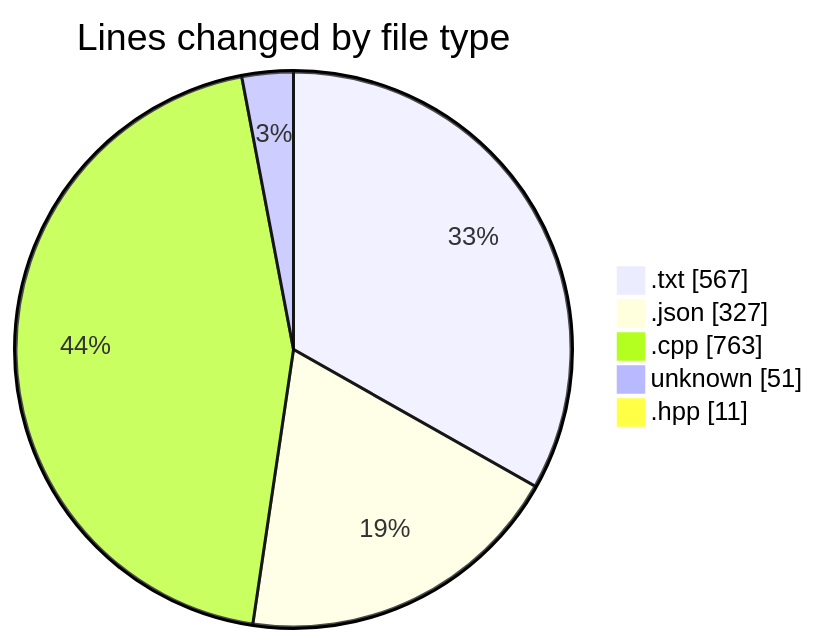
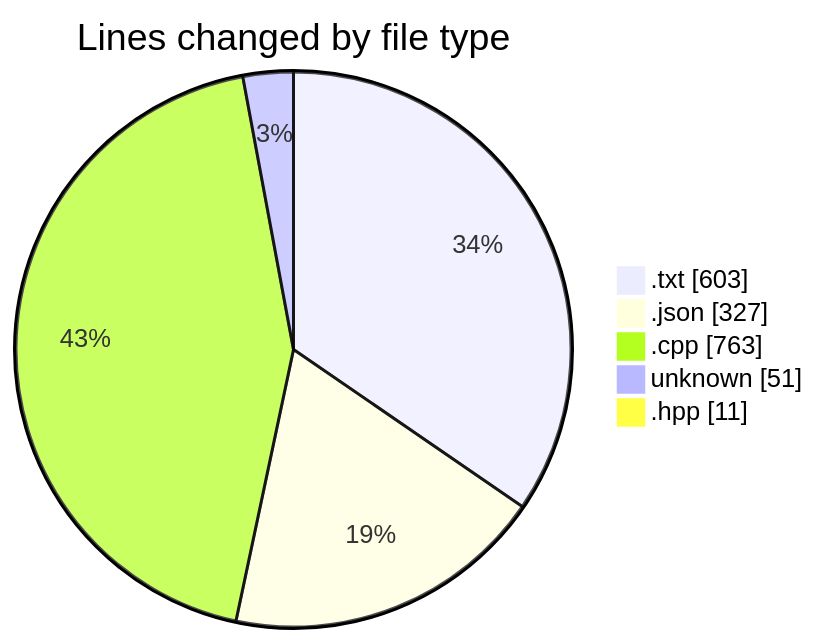
Before and after one commit to Netris89/code-tracking: the first of 2 diagrams in 2025-04-07/echo/README.md, drawn with Mermaid. The commit also changed other lines of this file and 1 other file, not shown here.

````diff
--- a/2025-04-07/echo/README.md
+++ b/2025-04-07/echo/README.md
@@ -29,9 +29,9 @@
 ```mermaid
 pie showData
 title Lines changed by file type
-".txt" : 567
+".txt" : 603
 ".json" : 327
 ".cpp" : 763
 "unknown" : 51
 ".hpp" : 11
 ```
````
